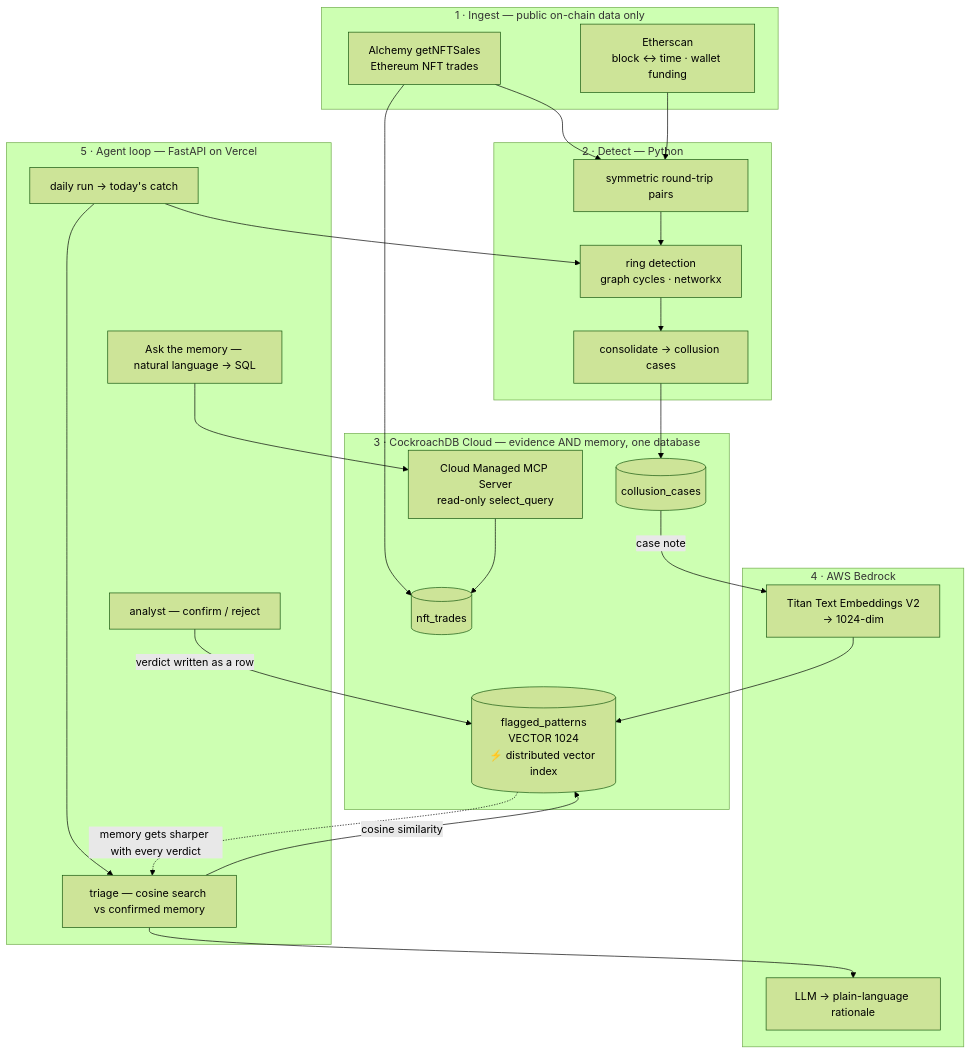
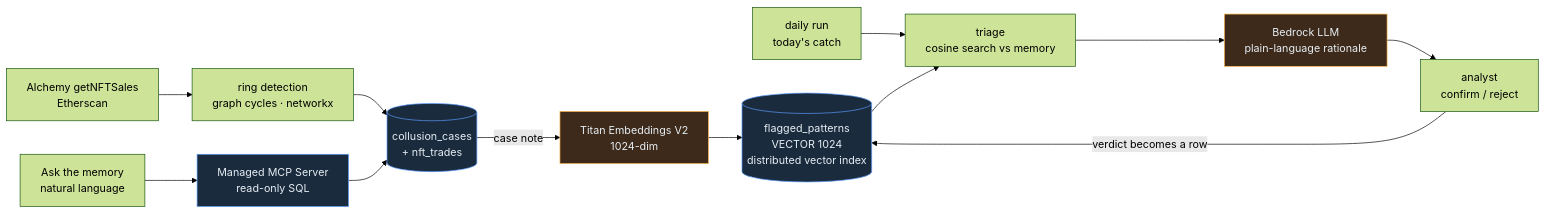
One commit to imeunk89/nft-wash-trading changed the diagram in README.md. Above: the diagram before and after it, drawn with Mermaid (forest theme).

Commit message:
Cleaner architecture diagram: linear flow, color-coded by platform
The first layout tangled because of back-edges. Reflow left-to-right with one
feedback edge (the verdict row), and colour CockroachDB vs AWS Bedrock nodes so
the two required platforms are legible at a glance. Verified: mermaid v11 parses
and renders it.

````diff
--- a/README.md
+++ b/README.md
@@ -151,44 +151,21 @@
 ```mermaid
-flowchart TB
-    subgraph ingest["1 · Ingest — public on-chain data only"]
-        A["Alchemy getNFTSales<br/>Ethereum NFT trades"]
-        E["Etherscan<br/>block ↔ time · wallet funding"]
-    end
+flowchart LR
+    A["Alchemy getNFTSales<br/>Etherscan"] --> D["ring detection<br/>graph cycles · networkx"]
+    D --> CC[("collusion_cases<br/>+ nft_trades")]
+    CC -- "case note" --> EMB["Titan Embeddings V2<br/>1024-dim"]
+    EMB --> FP[("flagged_patterns<br/>VECTOR 1024<br/>distributed vector index")]
 
-    subgraph detect["2 · Detect — Python"]
-        S["symmetric round-trip pairs"]
-        R["ring detection<br/>graph cycles · networkx"]
-        K["consolidate → collusion cases"]
-    end
+    NEW["daily run<br/>today's catch"] --> TR["triage<br/>cosine search vs memory"]
+    FP --> TR
+    TR --> LLM["Bedrock LLM<br/>plain-language rationale"]
+    LLM --> AN["analyst<br/>confirm / reject"]
+    AN -- "verdict becomes a row" --> FP
 
-    subgraph crdb["3 · CockroachDB Cloud — evidence AND memory, one database"]
-        T[("nft_trades")]
-        CC[("collusion_cases")]
-        FP[("flagged_patterns<br/>VECTOR 1024<br/>⚡ distributed vector index")]
-        MCP["Cloud Managed MCP Server<br/>read-only select_query"]
-    end
+    ASK["Ask the memory<br/>natural language"] --> MCP["Managed MCP Server<br/>read-only SQL"]
+    MCP --> CC
 
-    subgraph aws["4 · AWS Bedrock"]
-        EMB["Titan Text Embeddings V2<br/>→ 1024-dim"]
-        LLM["LLM → plain-language rationale"]
-    end
-
-    subgraph agent["5 · Agent loop — FastAPI on Vercel"]
-        DR["daily run → today's catch"]
-        TR["triage — cosine search vs confirmed memory"]
-        AN["analyst — confirm / reject"]
-        ASK["Ask the memory — natural language → SQL"]
-    end
-
-    A --> T
-    A --> S --> R --> K --> CC
-    E --> S
-    CC -- "case note" --> EMB --> FP
-    DR --> R
-    DR --> TR
-    TR -- "cosine similarity" --> FP
-    TR --> LLM
-    AN -- "verdict written as a row" --> FP
-    ASK --> MCP --> T
-    FP -. "memory gets sharper with every verdict" .-> TR
+    classDef crdb fill:#1a2b3d,stroke:#5b9dff,color:#e6edf3
+    classDef aws fill:#3d2a1a,stroke:#ffb84d,color:#e6edf3
+    class CC,FP,MCP crdb
+    class EMB,LLM aws
 ```
````
